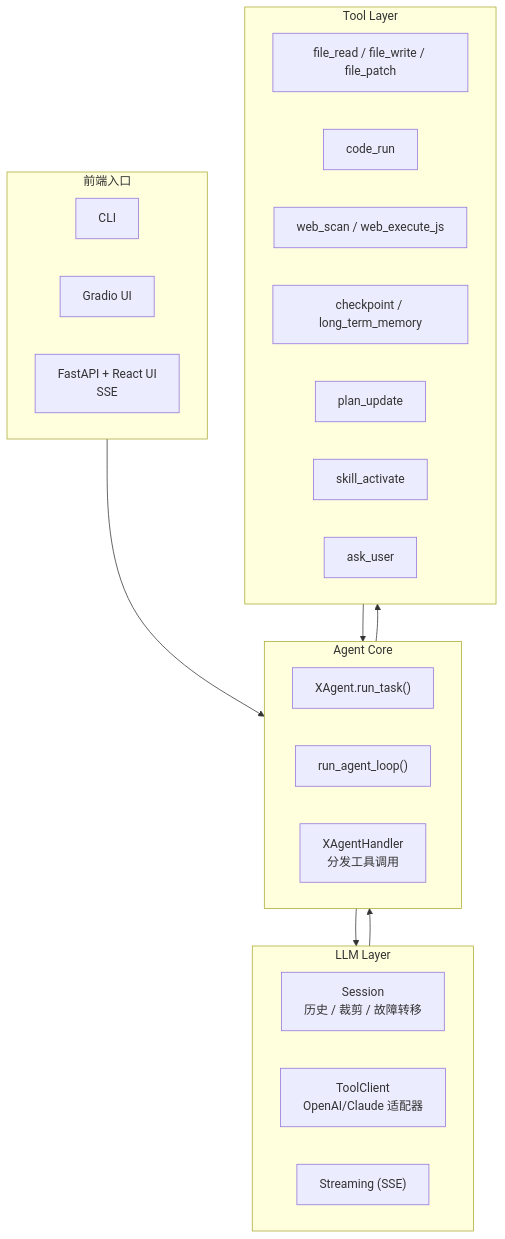
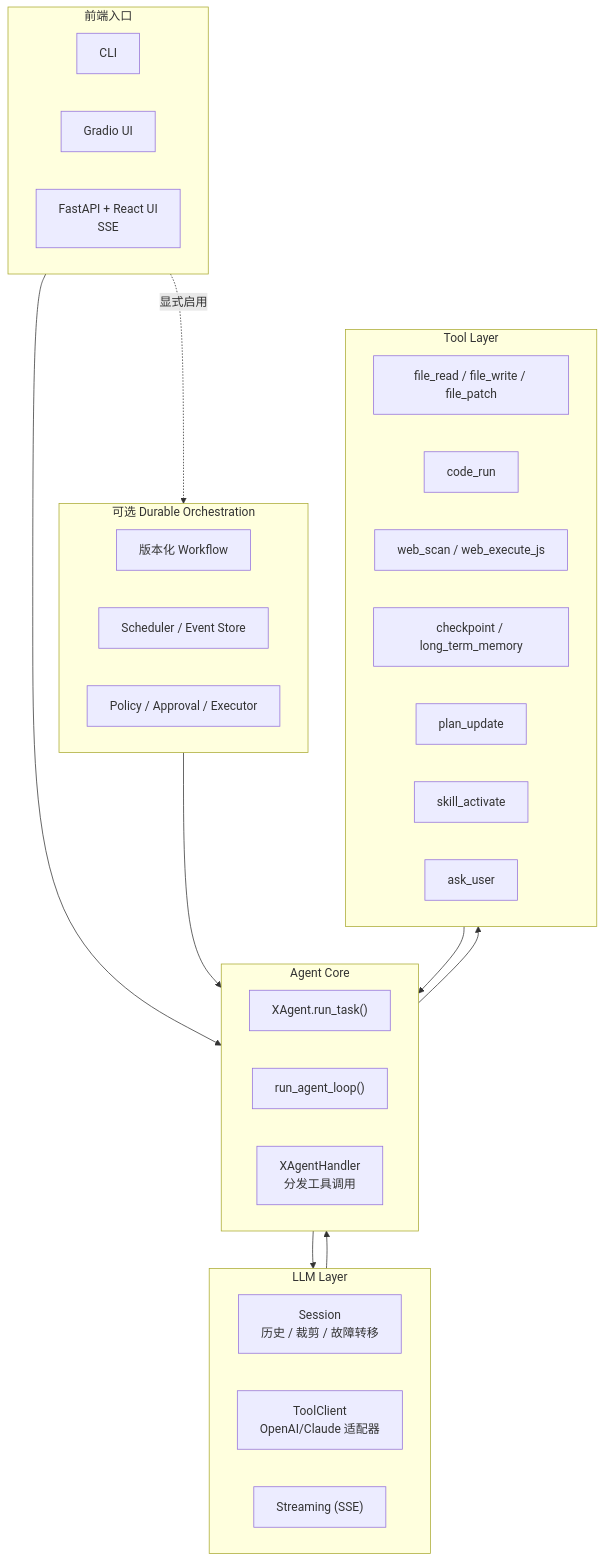
The first of 3 diagrams in README_zh.md (liuxusummer/XAgent), drawn with Mermaid before and after one commit. The commit also changed other lines of this file and 64 other files, not shown here.

Commit message:
feat(orchestration): add durable agent workflow runtime

````diff
--- a/README_zh.md
+++ b/README_zh.md
@@ -52,36 +52,44 @@
 ```mermaid
 flowchart TB
   subgraph F[前端入口]
     CLI[CLI]
     Gradio[Gradio UI]
     Web["FastAPI + React UI<br/>SSE"]
   end
 
   subgraph C[Agent Core]
     X["XAgent.run_task()"]
     Loop["run_agent_loop()"]
     Handler["XAgentHandler<br/>分发工具调用"]
+  end
+
+  subgraph O["可选 Durable Orchestration"]
+    Workflow["版本化 Workflow"]
+    Scheduler["Scheduler / Event Store"]
+    Guard["Policy / Approval / Executor"]
   end
 
   subgraph L[LLM Layer]
     Session["Session<br/>历史 / 裁剪 / 故障转移"]
     ToolClient["ToolClient<br/>OpenAI/Claude 适配器"]
     Stream["Streaming (SSE)"]
   end
 
   subgraph T[Tool Layer]
     File["file_read / file_write / file_patch"]
     Code[code_run]
     WebTool["web_scan / web_execute_js"]
     Memory["checkpoint / long_term_memory"]
     Plan[plan_update]
     Skill[skill_activate]
     Ask[ask_user]
   end
 
   F --> C
+  F -. 显式启用 .-> O
+  O --> C
   C --> L
   L --> C
   C --> T
   T --> C
 ```
````
